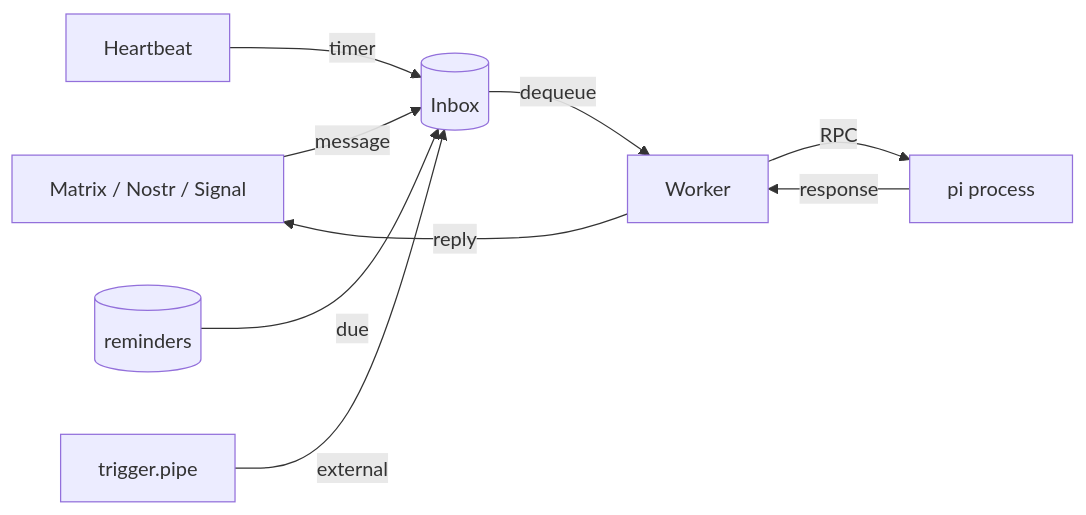
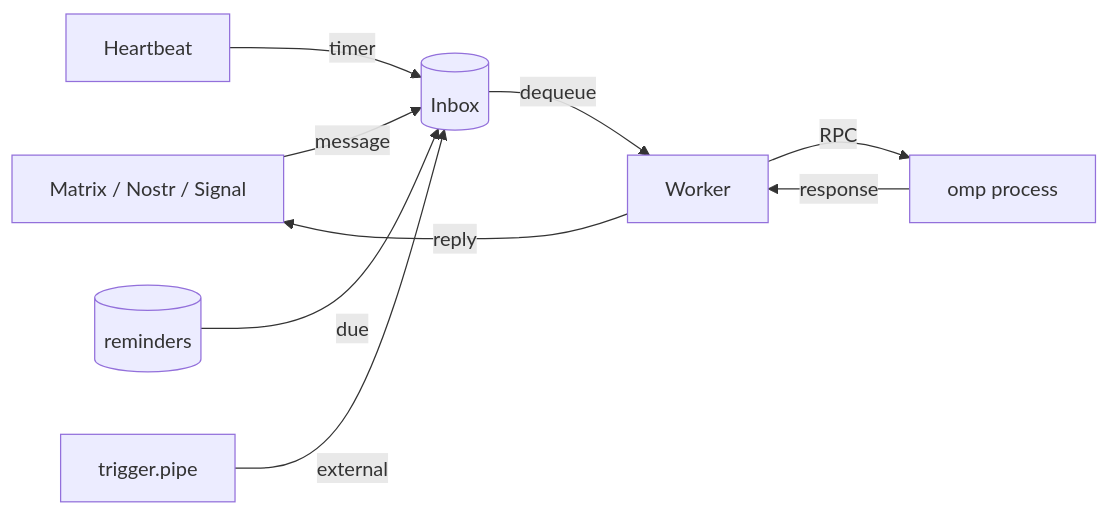
One commit to pinpox/opencrow changed the diagram in README.md. Above: the diagram before and after it, drawn with Mermaid. The commit also changed other lines of this file and 15 other files, not shown here.

````diff
--- a/README.md
+++ b/README.md
@@ -20,9 +21,9 @@
 ```mermaid
 graph LR
     Transport[Matrix / Nostr / Signal] -->|message| Inbox[(Inbox)]
     Heartbeat -->|timer| Inbox
     Reminders[(reminders)] -->|due| Inbox
     Trigger["trigger.pipe"] -->|external| Inbox
-    Inbox -->|dequeue| Worker -->|RPC| Pi["pi process"]
+    Inbox -->|dequeue| Worker -->|RPC| Pi["omp process"]
     Pi -->|response| Worker -->|reply| Transport
 ```
````
